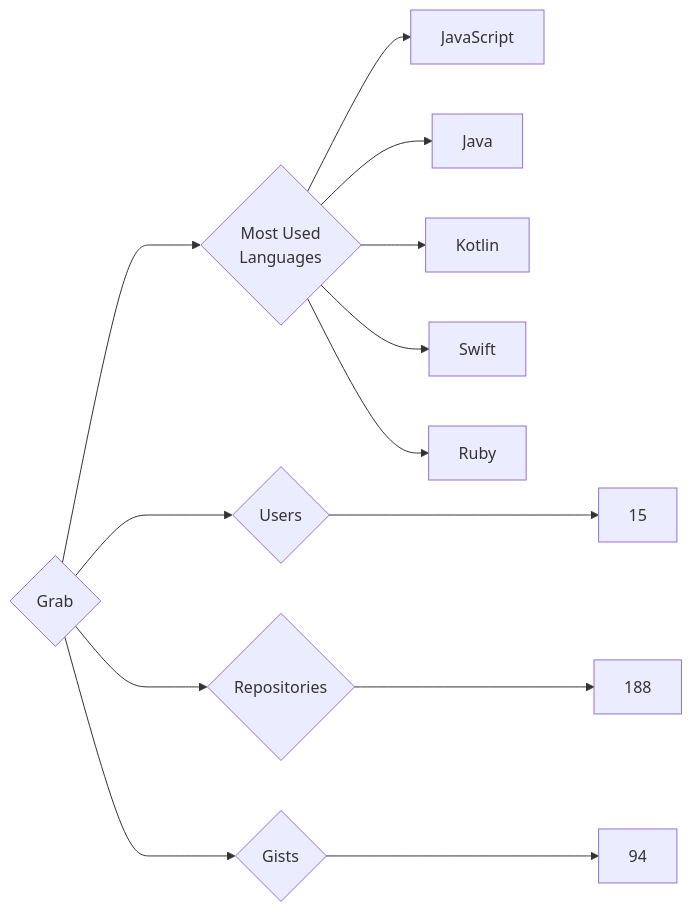
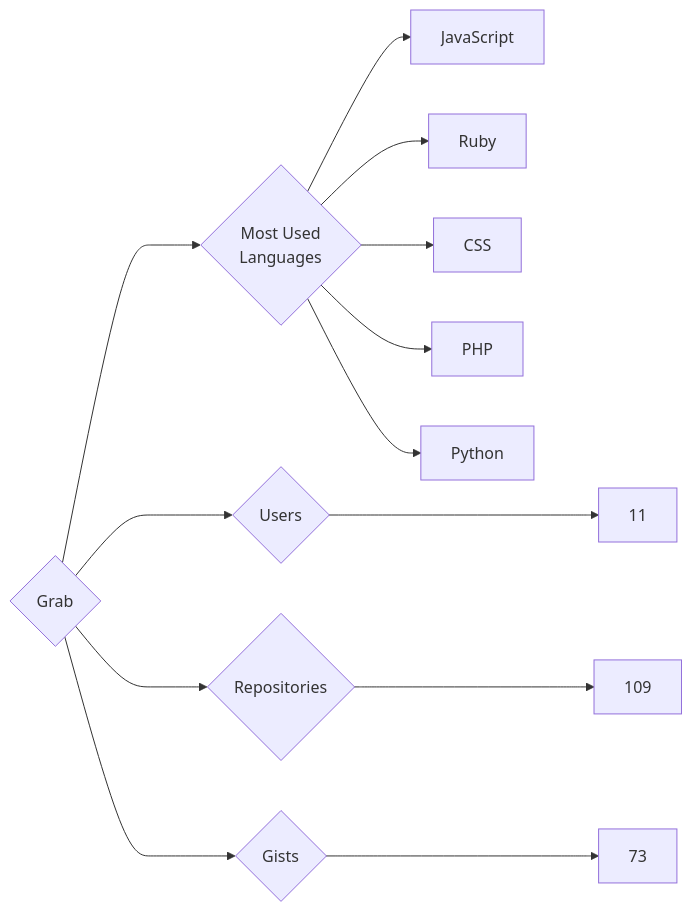
Before and after one commit to trickest/insiders: the diagram in targets/Grab/README.md, drawn with Mermaid. The commit also changed 845 other files, not shown here.

````diff
--- a/targets/Grab/README.md
+++ b/targets/Grab/README.md
@@ -3,13 +3,13 @@
 ```mermaid
 graph LR
 COMPANY_NAME{Grab}
-COMPANY_NAME ---> U{Users} ---> UN[15]
-COMPANY_NAME ---> R{Repositories} ---> RN[188]
-COMPANY_NAME ---> G{Gists} ---> GN[94]
+COMPANY_NAME ---> U{Users} ---> UN[11]
+COMPANY_NAME ---> R{Repositories} ---> RN[109]
+COMPANY_NAME ---> G{Gists} ---> GN[73]
 COMPANY_NAME ---> ML{Most Used<br>Languages}
 ML --> JavaScript[JavaScript]
-ML --> Java[Java]
-ML --> Kotlin[Kotlin]
-ML --> Swift[Swift]
 ML --> Ruby[Ruby]
+ML --> CSS[CSS]
+ML --> PHP[PHP]
+ML --> Python[Python]
 ```
````
